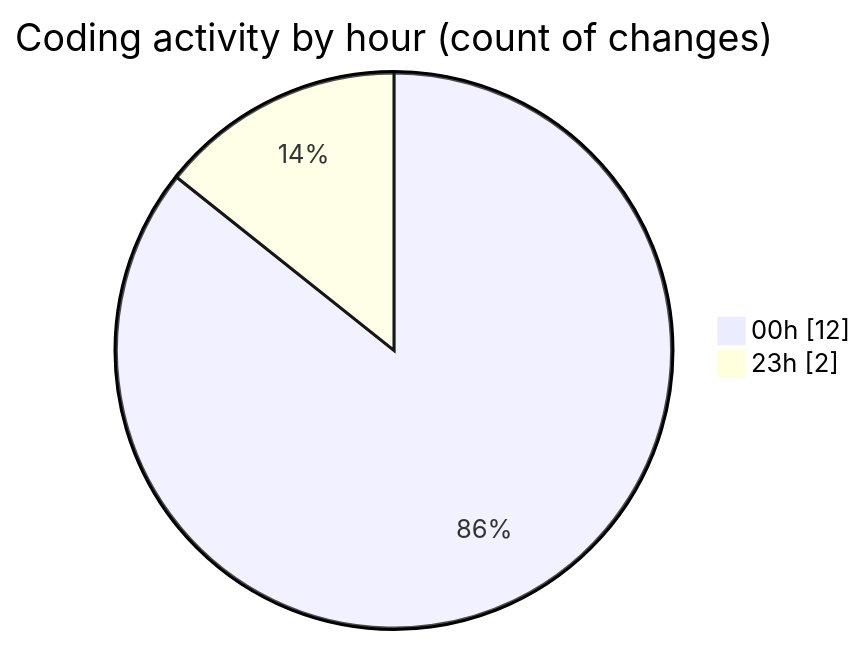
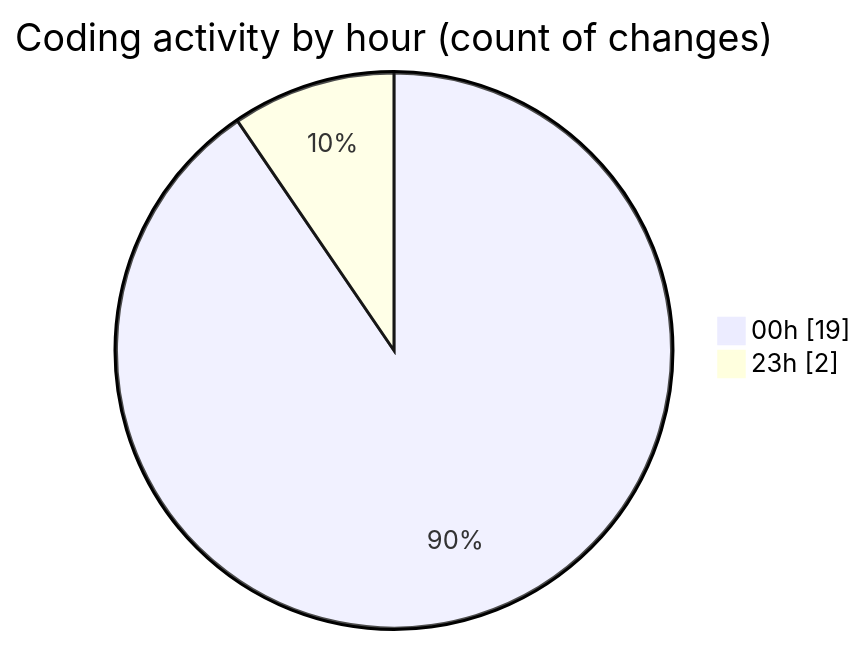
One commit to BS-eng2023/code-tracking changed the second of 2 diagrams in 2025-03-24/aufgabe_250321/README.md. Above: the diagram before and after it, drawn with Mermaid. The commit also changed other lines of this file and 1 other file, not shown here.

````diff
--- a/2025-03-24/aufgabe_250321/README.md
+++ b/2025-03-24/aufgabe_250321/README.md
@@ -32,6 +32,6 @@
 ```mermaid
 pie showData
 title Coding activity by hour (count of changes)
-"00h" : 12
+"00h" : 19
 "23h" : 2
 ```
````
